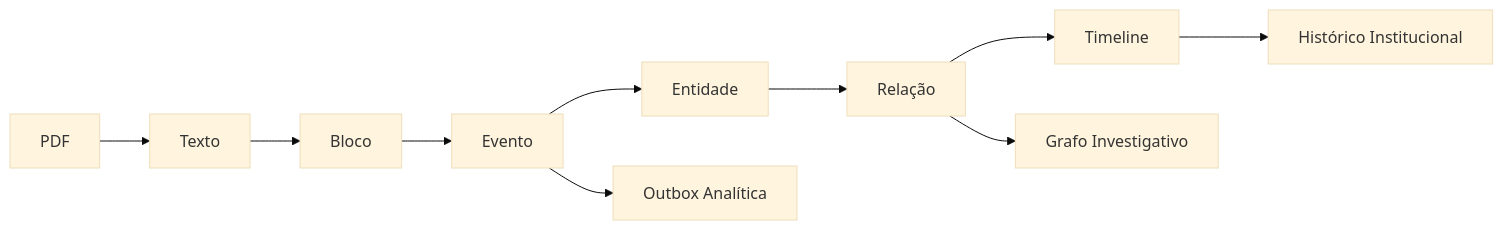
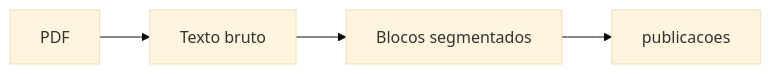
Before and after one commit to mthrodrigues/diario_processor: the fourth of 8 diagrams in documentacao_tecnica.md, drawn with Mermaid (base theme). The commit also changed other lines of this file and 19 other files, not shown here.

````diff
--- a/documentacao_tecnica.md
+++ b/documentacao_tecnica.md
@@ -799,7 +475,6 @@
 ```mermaid
 flowchart LR
-  PDF --> Texto --> Bloco --> Evento --> Entidade --> Relação --> Timeline
-  Evento --> Outbox[Outbox Analítica]
-  Relação --> Grafo[Grafo Investigativo]
-  Timeline --> Histórico[Histórico Institucional]
+    PDF[PDF] --> TEXTO[Texto bruto]
+    TEXTO --> BLOCOS[Blocos segmentados]
+    BLOCOS --> PUB[publicacoes]
 ```
````
